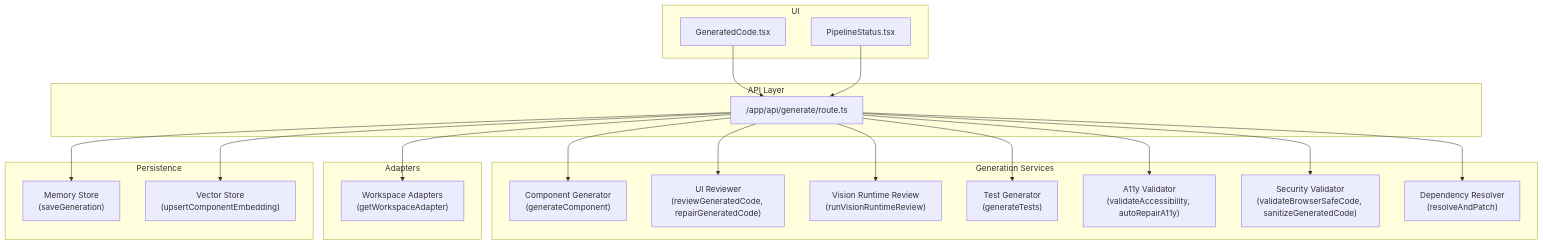
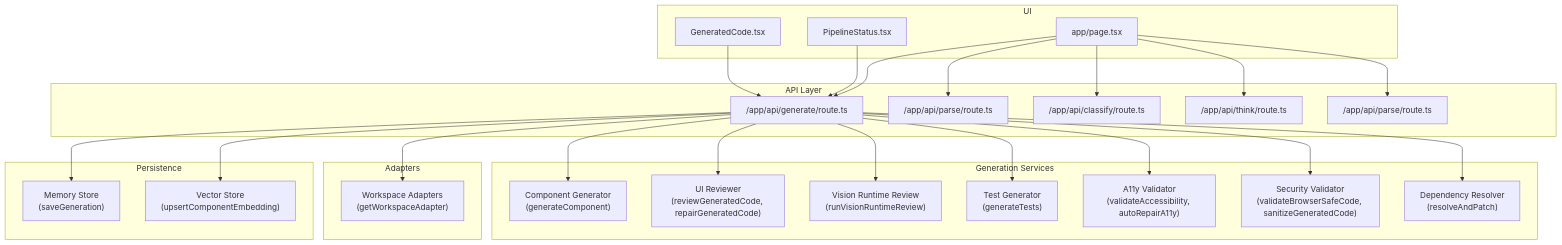
One commit to shekhargiri005-dotcom/AI-powered-accessibility-first-UI-engine changed the first of 4 diagrams in .qoder/repowiki/en/content/AI Generation Engine/Core Generation Pipeline/Core Generation Pipeline.md. Above: the diagram before and after it, drawn with Mermaid. The commit also changed other lines of this file and 71 other files, not shown here.

````diff
--- a/.qoder/repowiki/en/content/AI Generation Engine/Core Generation Pipeline/Core Generation Pipeline.md
+++ b/.qoder/repowiki/en/content/AI Generation Engine/Core Generation Pipeline/Core Generation Pipeline.md
@@ -38,38 +52,48 @@
 ```mermaid
 graph TB
 subgraph "API Layer"
 GenRoute["/app/api/generate/route.ts"]
+EndRoute["/app/api/parse/route.ts"]
+EndRoute2["/app/api/classify/route.ts"]
+EndRoute3["/app/api/think/route.ts"]
+EndRoute4["/app/api/parse/route.ts"]
 end
 subgraph "Generation Services"
 CompGen["Component Generator<br/>(generateComponent)"]
 Reviewer["UI Reviewer<br/>(reviewGeneratedCode, repairGeneratedCode)"]
 Vision["Vision Runtime Review<br/>(runVisionRuntimeReview)"]
 Tests["Test Generator<br/>(generateTests)"]
 A11y["A11y Validator<br/>(validateAccessibility, autoRepairA11y)"]
 Security["Security Validator<br/>(validateBrowserSafeCode, sanitizeGeneratedCode)"]
 DepRes["Dependency Resolver<br/>(resolveAndPatch)"]
 end
 subgraph "Adapters"
 AdapterIdx["Workspace Adapters<br/>(getWorkspaceAdapter)"]
 end
 subgraph "Persistence"
 Memory["Memory Store<br/>(saveGeneration)"]
 Embed["Vector Store<br/>(upsertComponentEmbedding)"]
 end
 subgraph "UI"
 GenComp["GeneratedCode.tsx"]
 PipeStatus["PipelineStatus.tsx"]
+EndPage["app/page.tsx"]
 end
 GenRoute --> CompGen
 GenRoute --> Reviewer
 GenRoute --> Vision
 GenRoute --> Tests
 GenRoute --> A11y
 GenRoute --> Security
 GenRoute --> DepRes
 GenRoute --> AdapterIdx
 GenRoute --> Memory
 GenRoute --> Embed
 GenComp --> GenRoute
 PipeStatus --> GenRoute
+EndPage --> GenRoute
+EndPage --> EndRoute
+EndPage --> EndRoute2
+EndPage --> EndRoute3
+EndPage --> EndRoute4
 ```
````
